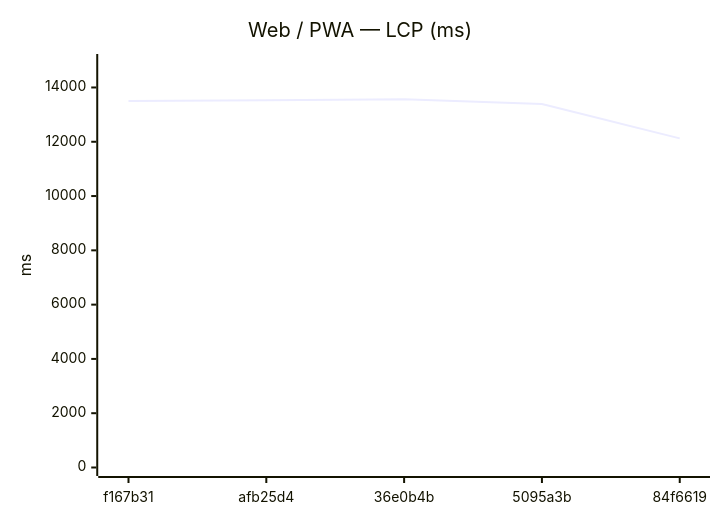
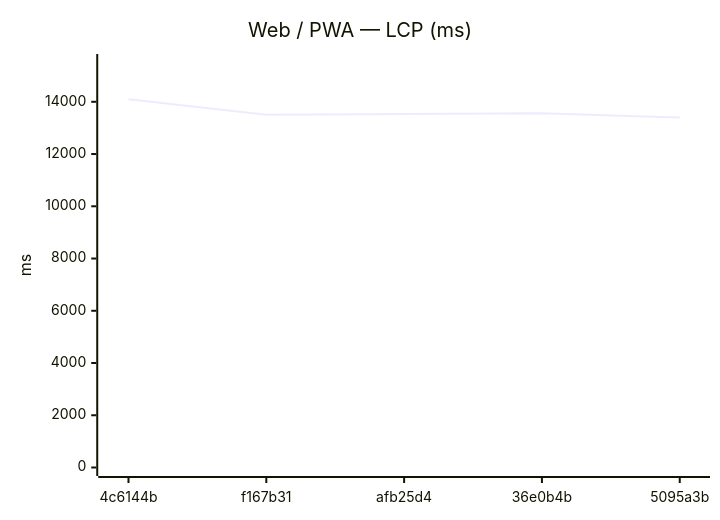
Before and after one commit to Metaheurist/Rianell: the seventh of 18 diagrams in benchmarks/compare.md, drawn with Mermaid. The commit also changed other lines of this file and 11 other files, not shown here.

````diff
--- a/benchmarks/compare.md
+++ b/benchmarks/compare.md
@@ -117,7 +117,7 @@
 ```mermaid
 xychart-beta
     title "Web / PWA — LCP (ms)"
-    x-axis ["f167b31", "afb25d4", "36e0b4b", "5095a3b", "84f6619"]
-    y-axis "ms" 0 --> 14920
-    line [13501, 13531, 13563, 13394, 12124]
+    x-axis ["4c6144b", "f167b31", "afb25d4", "36e0b4b", "5095a3b"]
+    y-axis "ms" 0 --> 15504
+    line [14094, 13501, 13531, 13563, 13394]
 ```
````
